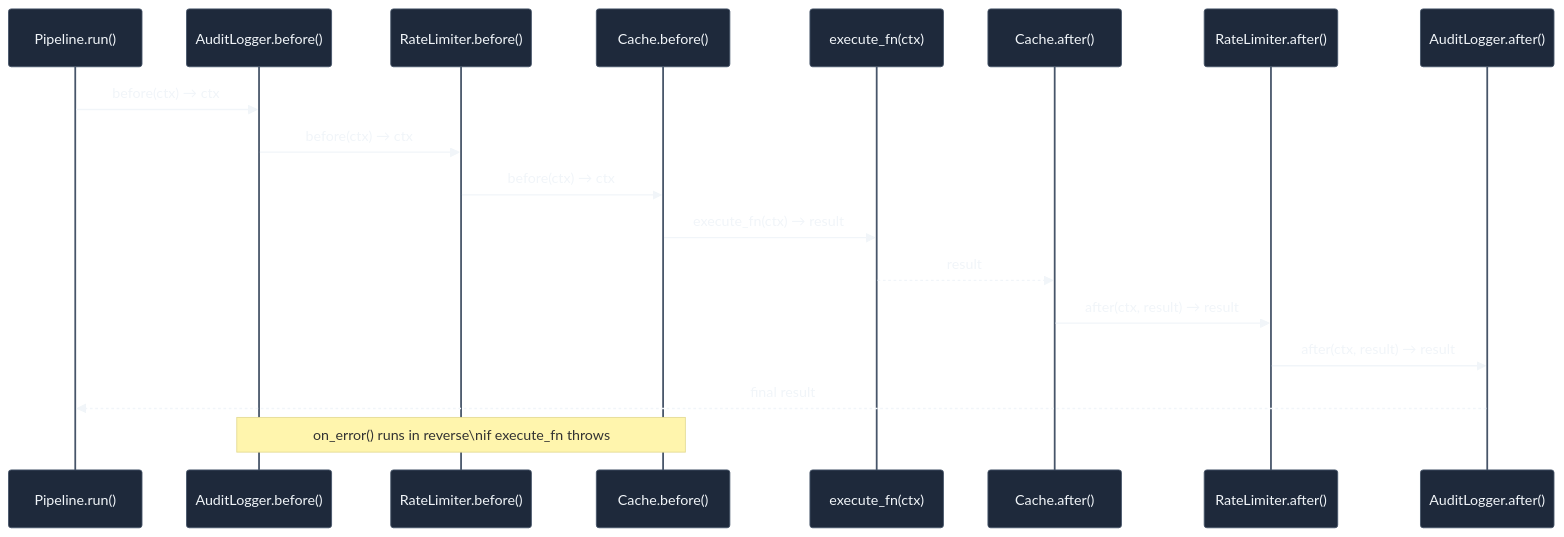
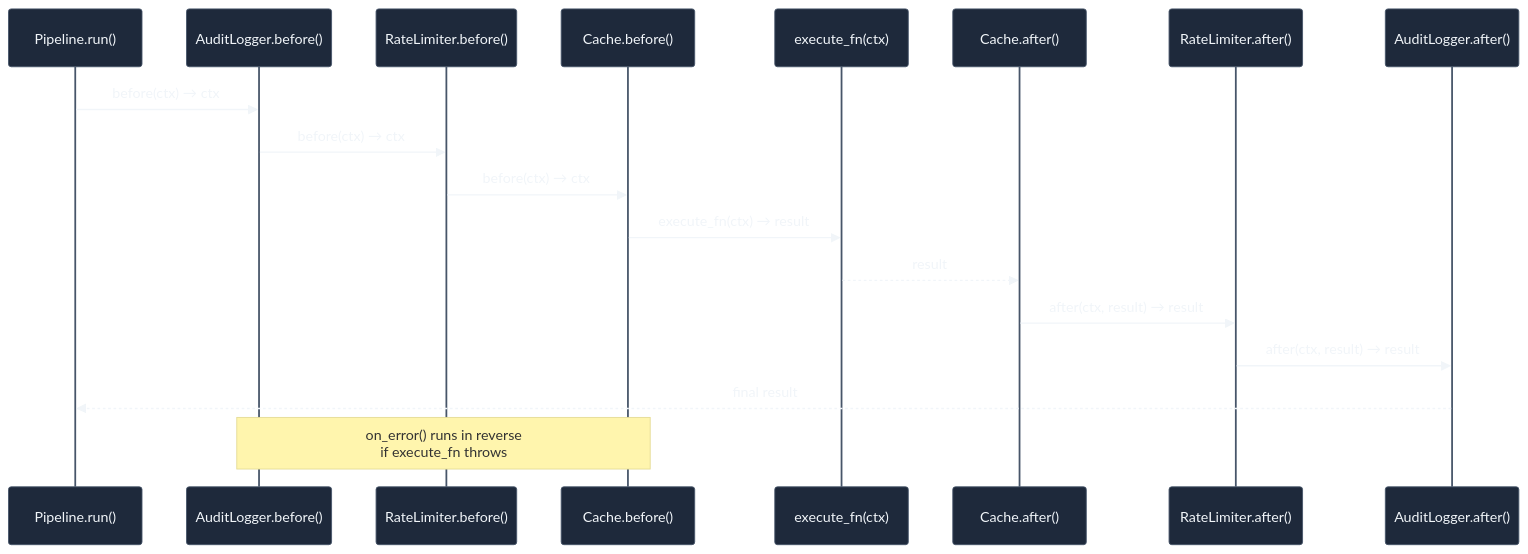
One commit to Ravikumarchavva/agent-substrate changed diagram 13 of 18 in agents/agent-substrate/docs/framework/kernel.md. Above: the diagram before and after it, drawn with Mermaid. The commit also changed other lines of this file and 195 other files, not shown here.

````diff
--- a/agents/agent-substrate/docs/framework/kernel.md
+++ b/agents/agent-substrate/docs/framework/kernel.md
@@ -625,23 +631,23 @@
 ```mermaid
 %%{init: {"theme": "base", "themeVariables": {"primaryColor": "#1e293b", "primaryTextColor": "#f1f5f9", "primaryBorderColor": "#475569"}}}%%
 sequenceDiagram
     participant P as Pipeline.run()
     participant M1 as AuditLogger.before()
     participant M2 as RateLimiter.before()
     participant M3 as Cache.before()
     participant E as execute_fn(ctx)
     participant M3A as Cache.after()
     participant M2A as RateLimiter.after()
     participant M1A as AuditLogger.after()
 
     P->>M1: before(ctx) → ctx
     M1->>M2: before(ctx) → ctx
     M2->>M3: before(ctx) → ctx
     M3->>E: execute_fn(ctx) → result
     E-->>M3A: result
     M3A->>M2A: after(ctx, result) → result
     M2A->>M1A: after(ctx, result) → result
     M1A-->>P: final result
 
-    note over M1,M3: on_error() runs in reverse\nif execute_fn throws
+    note over M1,M3: on_error() runs in reverse<br/>if execute_fn throws
 ```
````
